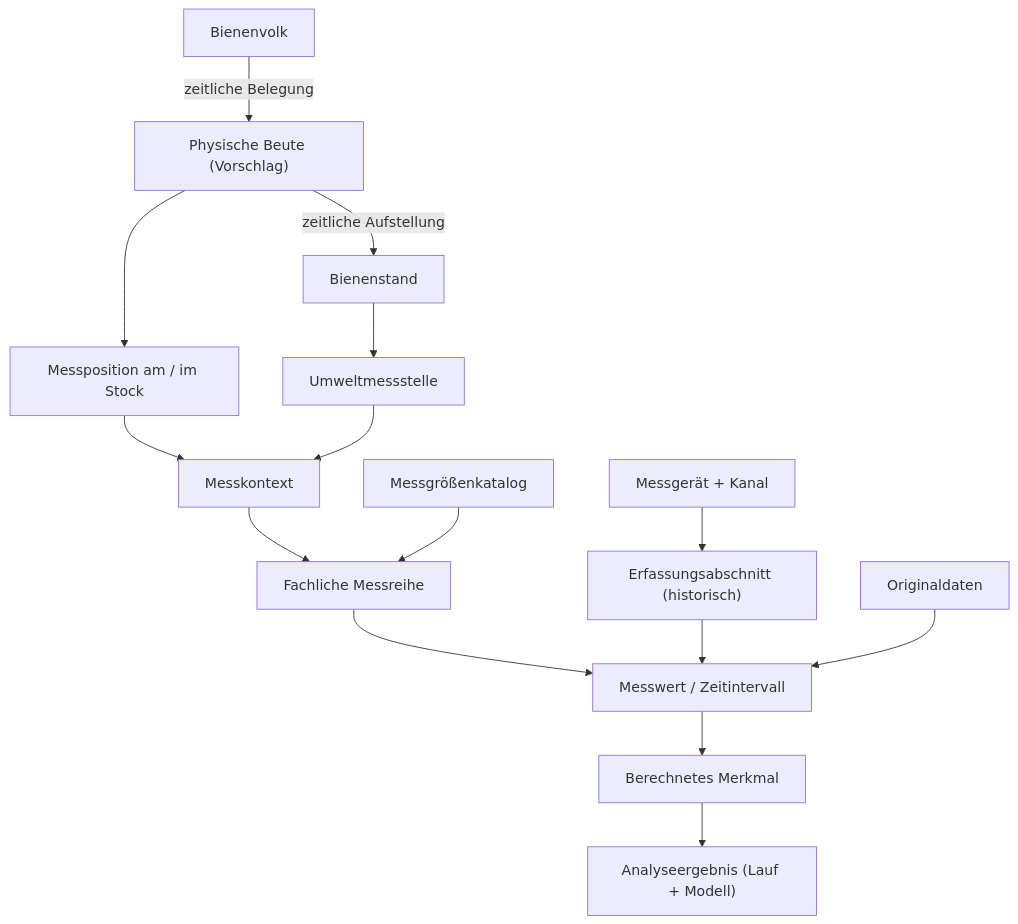
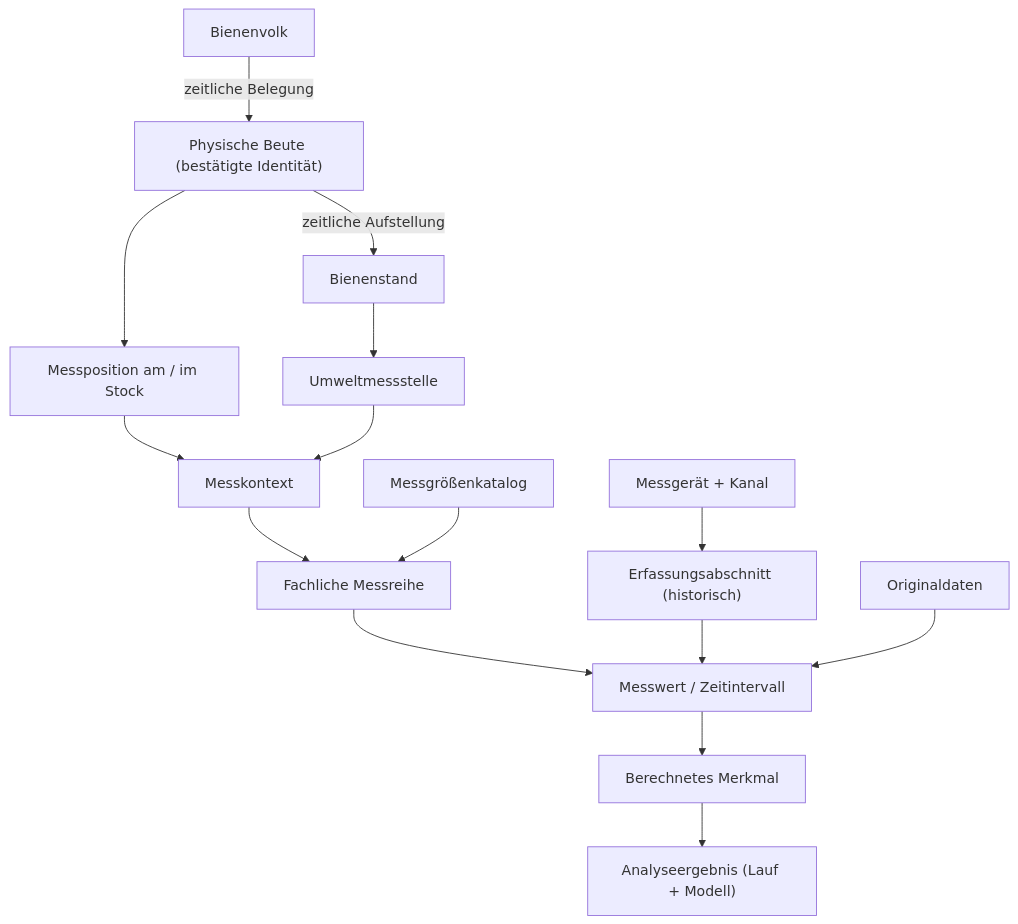
Before and after one commit to impyer/bienen-lora-logger: the diagram in docs/architektur/messreihe-messkontext-zeitqualitaet-v01.md, drawn with Mermaid.

Commit message:
docs: bestaetigte Beute als eigenstaendige Entitaet und Referenz konsistent kennzeichnen

````diff
--- a/docs/architektur/messreihe-messkontext-zeitqualitaet-v01.md
+++ b/docs/architektur/messreihe-messkontext-zeitqualitaet-v01.md
@@ -186,17 +186,17 @@
 ```mermaid
 flowchart TD
-  A["Bienenvolk"] -->|"zeitliche Belegung"| H["Physische Beute (Vorschlag)"]
+  A["Bienenvolk"] -->|"zeitliche Belegung"| H["Physische Beute (bestätigte Identität)"]
   H -->|"zeitliche Aufstellung"| S["Bienenstand"]
   H --> P["Messposition am / im Stock"]
   S --> W["Umweltmessstelle"]
   P --> C["Messkontext"]
   W --> C
   C --> R["Fachliche Messreihe"]
   Q["Messgrößenkatalog"] --> R
   R --> O["Messwert / Zeitintervall"]
   D["Messgerät + Kanal"] --> G["Erfassungsabschnitt (historisch)"]
   G --> O
   X["Originaldaten"] --> O
   O --> F["Berechnetes Merkmal"]
   F --> L["Analyseergebnis (Lauf + Modell)"]
 ```
````
